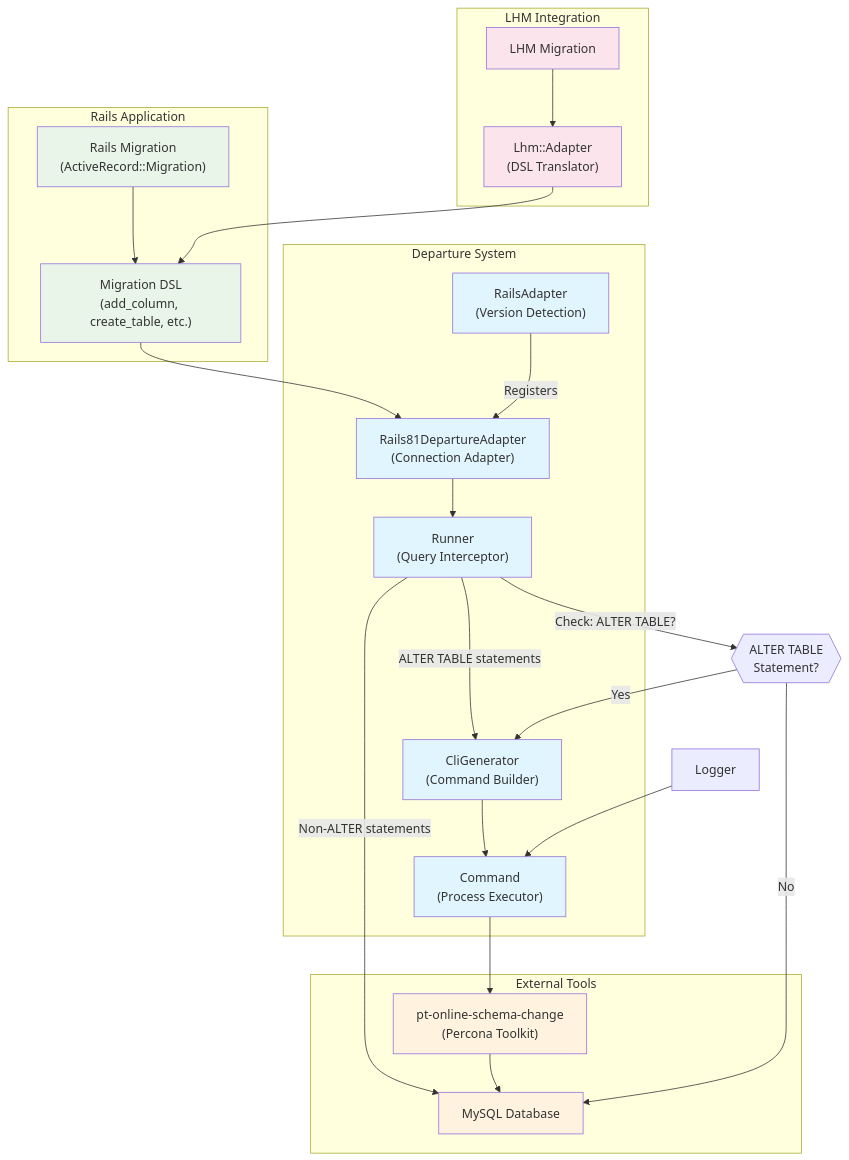
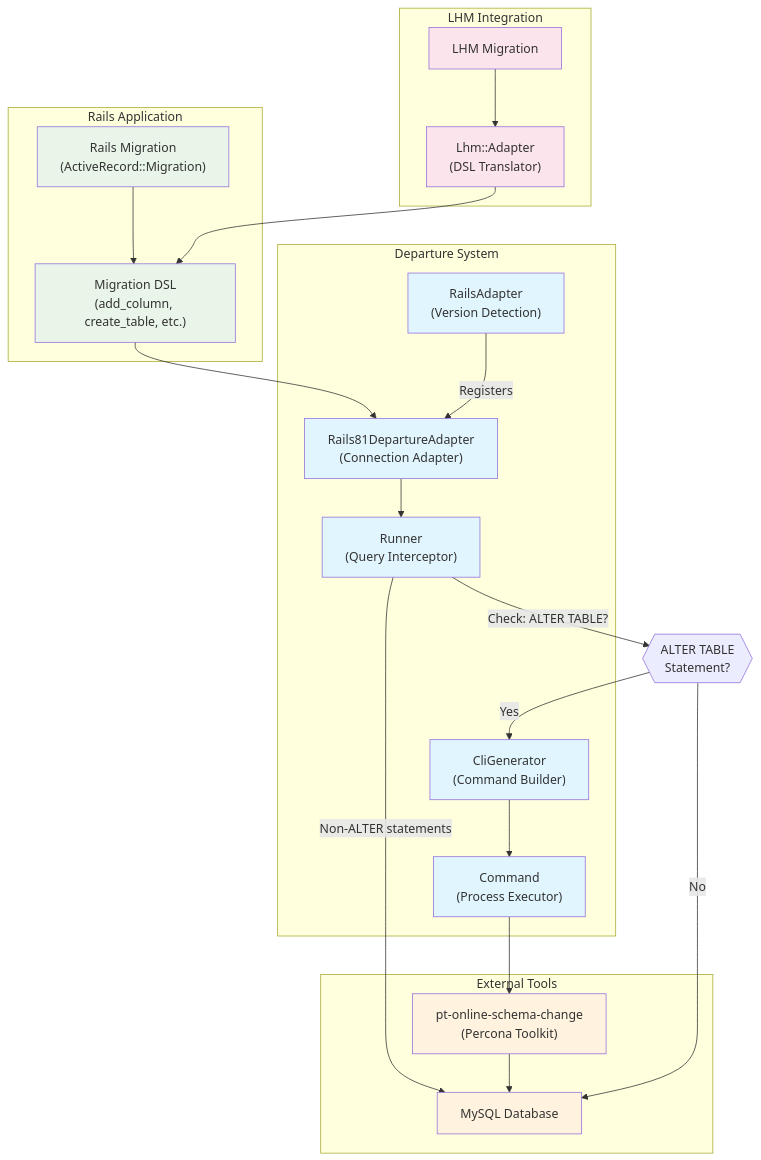
One commit to departurerb/departure changed the diagram in README.md. Above: the diagram before and after it, drawn with Mermaid. The commit also changed 10 other files, not shown here.

````diff
--- a/README.md
+++ b/README.md
@@ -218,63 +218,61 @@
 ```mermaid
  flowchart TB
       %% User Level
       subgraph "Rails Application"
           Migration["Rails Migration<br/>(ActiveRecord::Migration)"]
           DSL["Migration DSL<br/>(add_column, create_table, etc.)"]
       end
 
       %% Core Departure Components
       subgraph "Departure System"
           RailsAdapter["RailsAdapter<br/>(Version Detection)"]
           DepartureAdapter["Rails81DepartureAdapter<br/>(Connection Adapter)"]
           Runner["Runner<br/>(Query Interceptor)"]
           Command["Command<br/>(Process Executor)"]
           CliGenerator["CliGenerator<br/>(Command Builder)"]
       end
 
       %% External Components
       subgraph "External Tools"
           PTOSC["pt-online-schema-change<br/>(Percona Toolkit)"]
           MySQL["MySQL Database"]
       end
 
       %% LHM Integration
       subgraph "LHM Integration"
           LhmAdapter["Lhm::Adapter<br/>(DSL Translator)"]
           LhmMigration["LHM Migration"]
       end
 
       %% Flow connections
       Migration --> DSL
       DSL --> DepartureAdapter
       DepartureAdapter --> Runner
-      Runner --> |"ALTER TABLE statements"| CliGenerator
       Runner --> |"Non-ALTER statements"| MySQL
       CliGenerator --> Command
       Command --> PTOSC
       PTOSC --> MySQL
 
       %% LHM Flow
       LhmMigration --> LhmAdapter
       LhmAdapter --> DSL
 
       %% Configuration Flow
-      Logger --> Command
       RailsAdapter --> |"Registers"| DepartureAdapter
 
       %% Decision Points
       Runner --> |"Check: ALTER TABLE?"| DecisionNode{{"ALTER TABLE<br/>Statement?"}}
       DecisionNode --> |"Yes"| CliGenerator
       DecisionNode --> |"No"| MySQL
 
       %% Styling
       classDef departure fill:#e1f5fe
       classDef external fill:#fff3e0
       classDef rails fill:#e8f5e8
       classDef lhm fill:#fce4ec
 
       class RailsAdapter,DepartureAdapter,Runner,Command,CliGenerator departure
       class PTOSC,MySQL external
       class Migration,DSL rails
       class LhmAdapter,LhmMigration lhm
 ```
````
